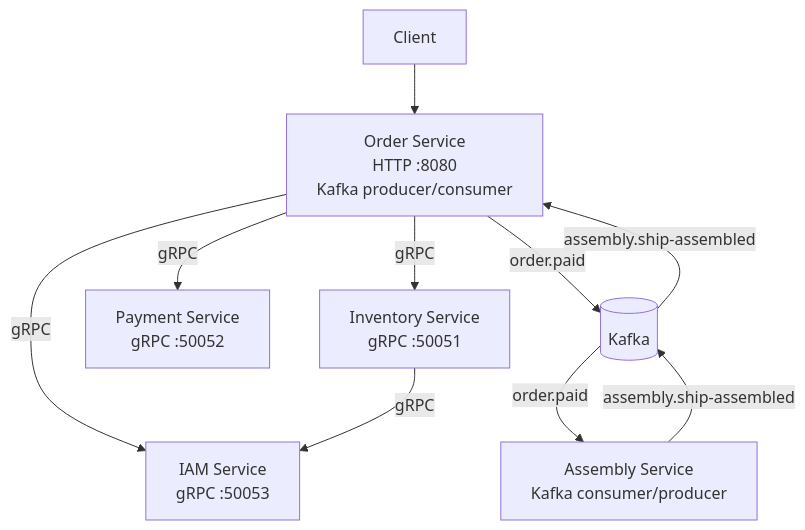
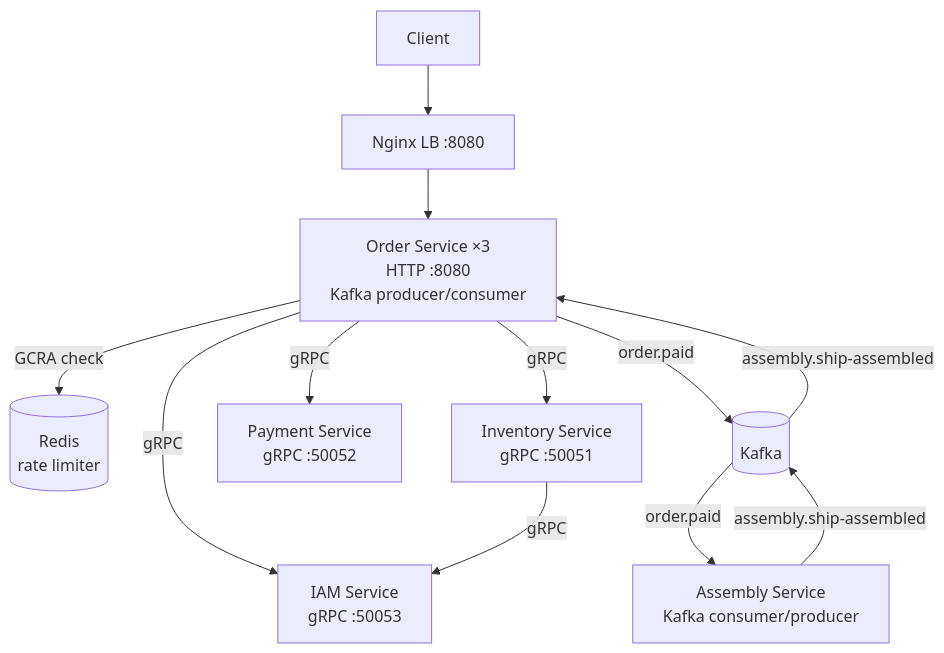
Before and after one commit to krapagen/my_microservices_rocket: the diagram in README.md, drawn with Mermaid. The commit also changed other lines of this file and 5 other files, not shown here.

````diff
--- a/README.md
+++ b/README.md
@@ -18,20 +18,24 @@
 ```mermaid
 flowchart TB
     client[Client]
-    order[Order Service\nHTTP :8080\nKafka producer/consumer]
+    nginx[Nginx LB :8080]
+    order[Order Service ×3\nHTTP :8080\nKafka producer/consumer]
+    ratelimit[(Redis\nrate limiter)]
     inventory[Inventory Service\ngRPC :50051]
     payment[Payment Service\ngRPC :50052]
     iam[IAM Service\ngRPC :50053]
     kafka[(Kafka)]
     assembly[Assembly Service\nKafka consumer/producer]
 
-    client --> order
+    client --> nginx
+    nginx --> order
+    order -->|GCRA check| ratelimit
     order -->|gRPC| inventory
     order -->|gRPC| payment
     order -->|gRPC| iam
     inventory -->|gRPC| iam
     order -->|order.paid| kafka
     kafka -->|order.paid| assembly
     assembly -->|assembly.ship-assembled| kafka
     kafka -->|assembly.ship-assembled| order
 ```
````
